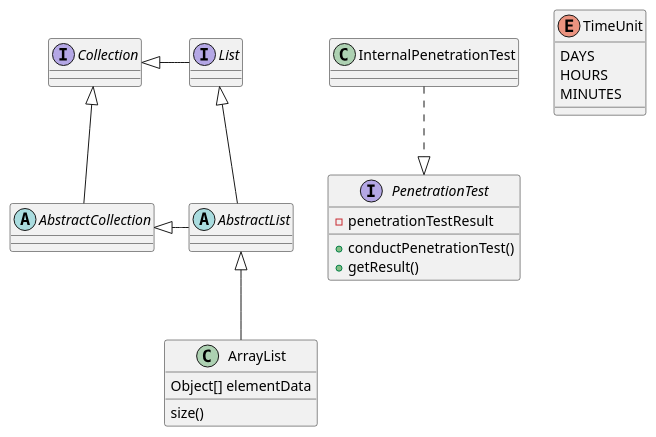
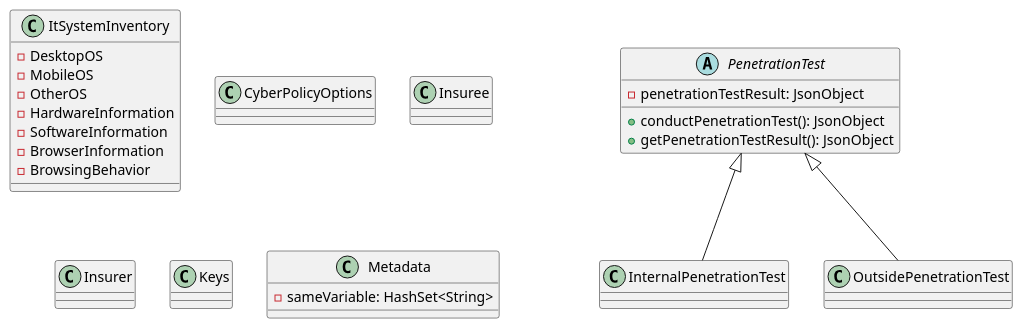
Before and after one commit to DimitriBolt/CyberBlocks: the diagram in UML/ClassDiagram.puml, drawn with PlantUML.

Commit message:
add all Classes.

```diff
--- a/UML/ClassDiagram.puml
+++ b/UML/ClassDiagram.puml
@@ -1,38 +1,42 @@
 @startuml
 'https://plantuml.com/class-diagram
 
-abstract class AbstractList
-abstract AbstractCollection
-interface List
-interface Collection
-
-List <|-- AbstractList
-Collection <|-- AbstractCollection
-
-Collection <|- List
-AbstractCollection <|- AbstractList
-AbstractList <|-- ArrayList
-
-class ArrayList {
-Object[] elementData
-size()
-}
-
-interface PenetrationTest{
--penetrationTestResult
-+conductPenetrationTest()
-+getResult()
+abstract class PenetrationTest{
+-penetrationTestResult: JsonObject
+'конструктор с Большой буквы без типа, в диаграмме классов нет смысла указывать
++conductPenetrationTest(): JsonObject
++getPenetrationTestResult(): JsonObject
 }
 
 class InternalPenetrationTest{
 }
-
-InternalPenetrationTest ..|> PenetrationTest
-
-enum TimeUnit {
-DAYS
-HOURS
-MINUTES
+class OutsidePenetrationTest{
+}
+class ItSystemInventory{
+- DesktopOS
+- MobileOS
+- OtherOS
+- HardwareInformation
+- SoftwareInformation
+- BrowserInformation
+- BrowsingBehavior
 }
 
+class CyberPolicyOptions
+class Insuree
+class Insurer
+class Keys
+class Metadata {
+- sameVariable: HashSet<String>
+}
+
+
+
+
+
+
+PenetrationTest <|-- InternalPenetrationTest
+PenetrationTest <|-- OutsidePenetrationTest
+' Наследование (абстрактный класс наследуется)
+
 @enduml
```
